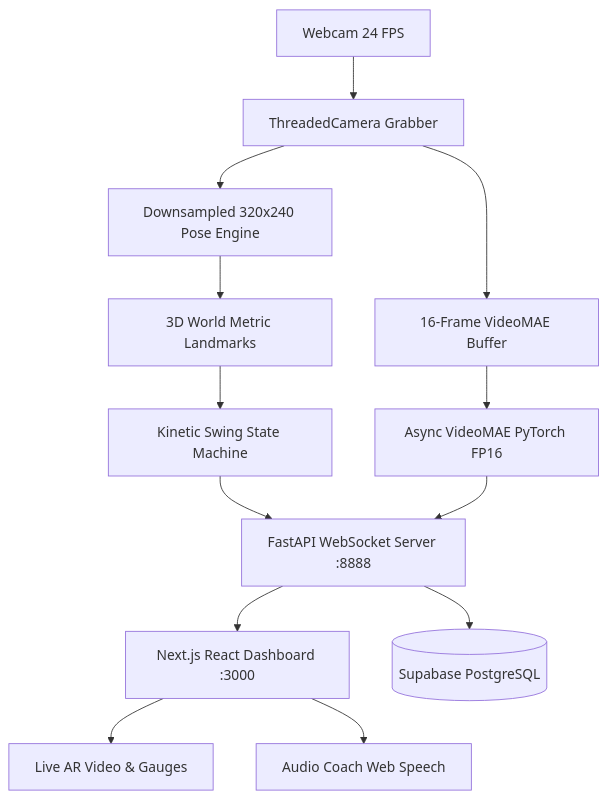
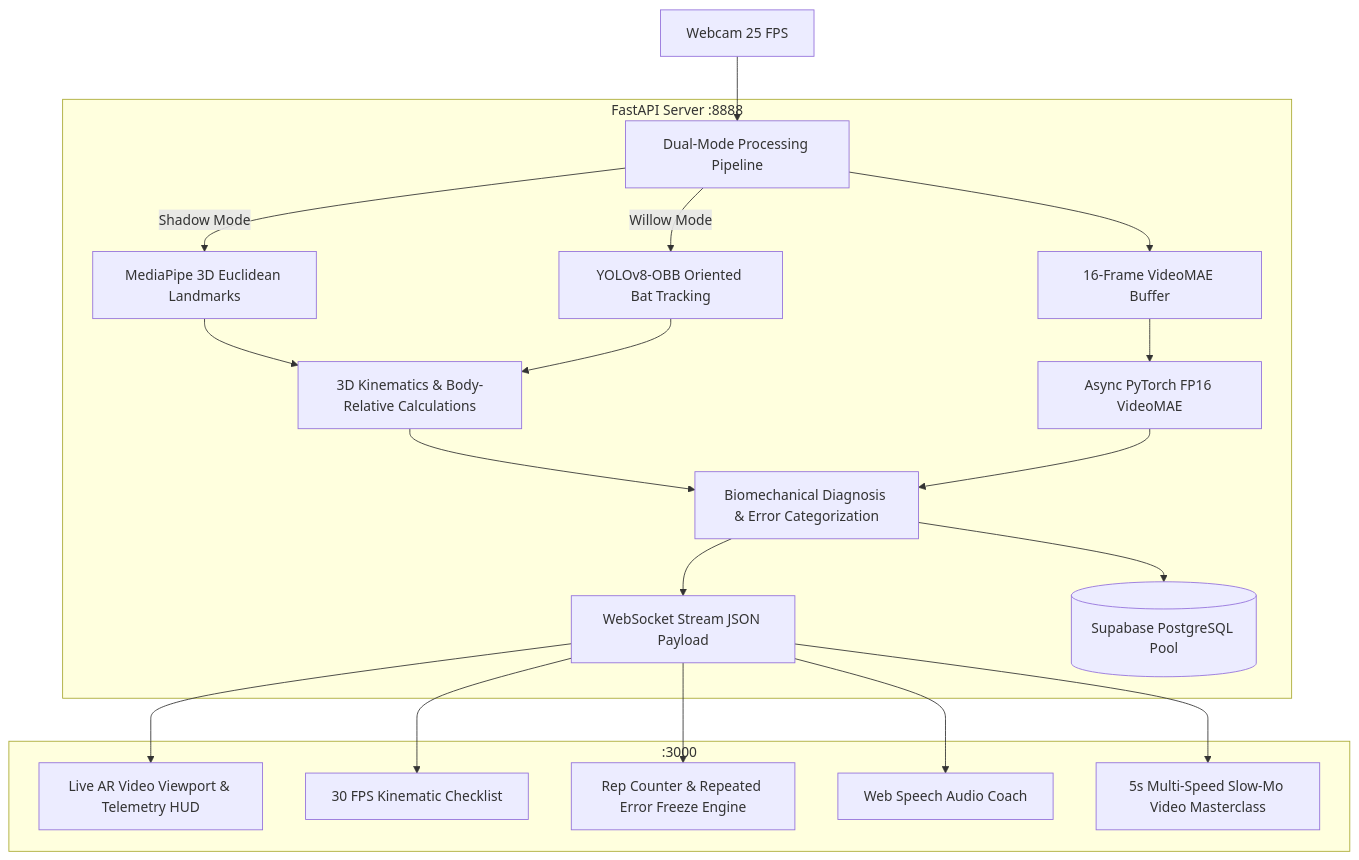
The diagram in README.md (Arnavch2024/BattingCoach), drawn with Mermaid before and after one commit. The commit also changed other lines of this file, not shown here.

Commit message:
docs: update README with dual-mode, overlay HUD, rep locking, and 5s video masterclass architecture

````diff
--- a/README.md
+++ b/README.md
@@ -74,15 +103,25 @@
 ```mermaid
 graph TD
-    A[Webcam 24 FPS] --> B[ThreadedCamera Grabber]
-    B --> C[Downsampled 320x240 Pose Engine]
-    B --> D[16-Frame VideoMAE Buffer]
-    C --> E[3D World Metric Landmarks]
-    E --> F[Kinetic Swing State Machine]
-    D --> G[Async VideoMAE PyTorch FP16]
-    F --> H[FastAPI WebSocket Server :8888]
-    G --> H
-    H --> I[Next.js React Dashboard :3000]
-    I --> J[Live AR Video & Gauges]
-    I --> K[Audio Coach Web Speech]
-    H --> L[(Supabase PostgreSQL)]
+    A[Webcam 25 FPS] --> B[Dual-Mode Processing Pipeline]
+    
+    subgraph AI Backend [FastAPI Server :8888]
+        B -->|Shadow Mode| C[MediaPipe 3D Euclidean Landmarks]
+        B -->|Willow Mode| D[YOLOv8-OBB Oriented Bat Tracking]
+        C --> E[3D Kinematics & Body-Relative Calculations]
+        D --> E
+        B --> F[16-Frame VideoMAE Buffer]
+        F --> G[Async PyTorch FP16 VideoMAE]
+        E --> H[Biomechanical Diagnosis & Error Categorization]
+        G --> H
+        H --> I[WebSocket Stream JSON Payload]
+        H --> J[(Supabase PostgreSQL Pool)]
+    end
+    
+    subgraph Next.js React Dashboard [:3000]
+        I --> K[Live AR Video Viewport & Telemetry HUD]
+        I --> L[30 FPS Kinematic Checklist]
+        I --> M[Rep Counter & Repeated Error Freeze Engine]
+        I --> N[Web Speech Audio Coach]
+        I --> O[5s Multi-Speed Slow-Mo Video Masterclass]
+    end
 ```
````
